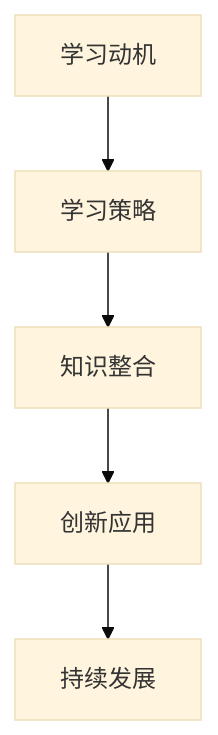
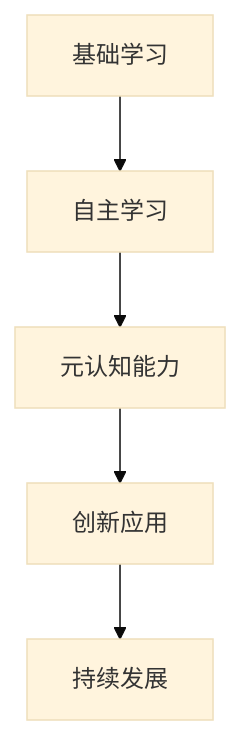
One commit to AdaMartin18010/SeniorEnducation changed the third of 4 diagrams in 04-评估与发展/03-终身学习能力.md. Above: the diagram before and after it, drawn with Mermaid (base theme). The commit also changed other lines of this file and 18 other files, not shown here.

````diff
--- a/04-评估与发展/03-终身学习能力.md
+++ b/04-评估与发展/03-终身学习能力.md
@@ -206,7 +206,7 @@
 ```mermaid
 graph TD
-    A[学习动机] --> B[学习策略]
-    B --> C[知识整合]
+    A[基础学习] --> B[自主学习]
+    B --> C[元认知能力]
     C --> D[创新应用]
     D --> E[持续发展]
 ```
````
